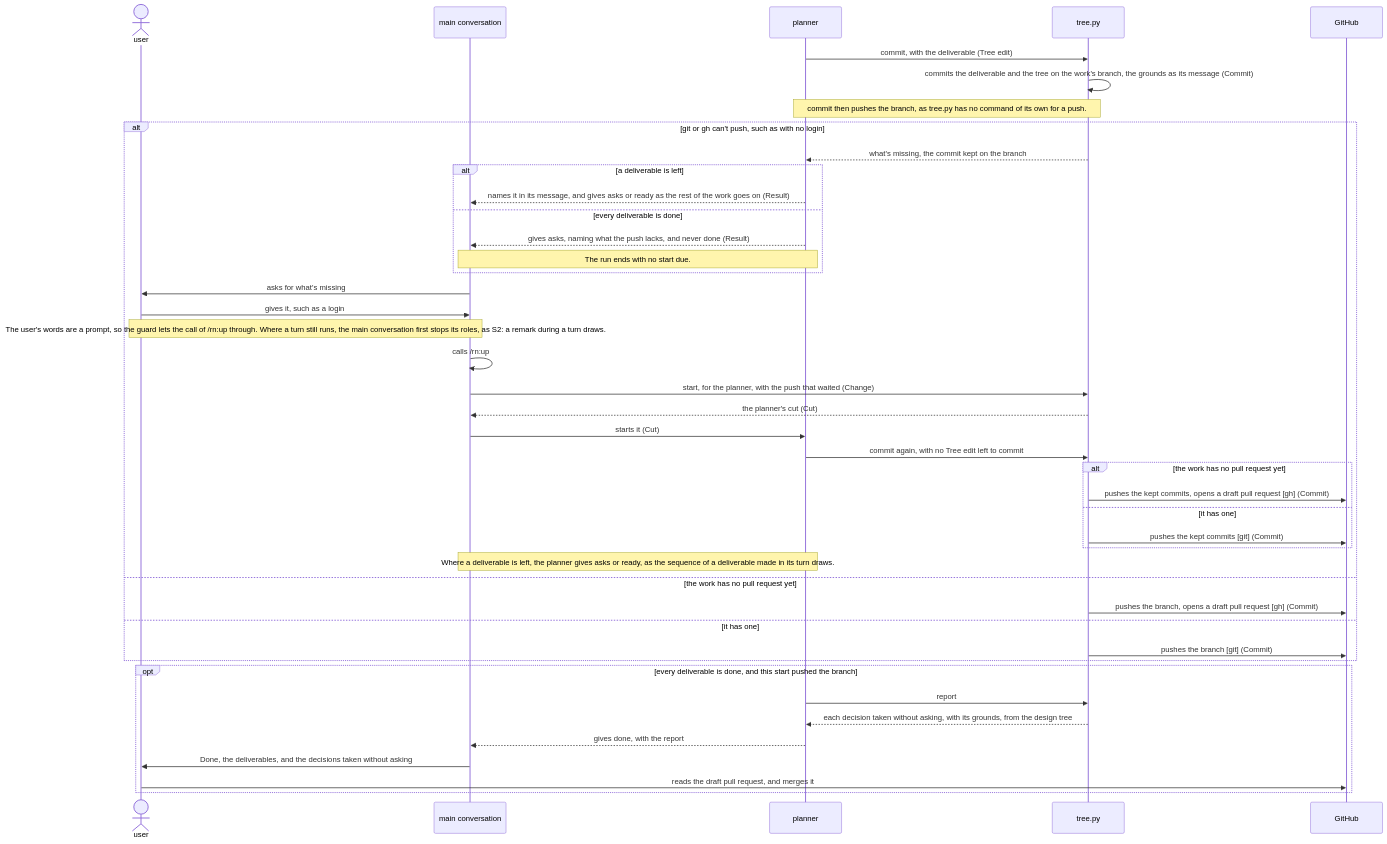
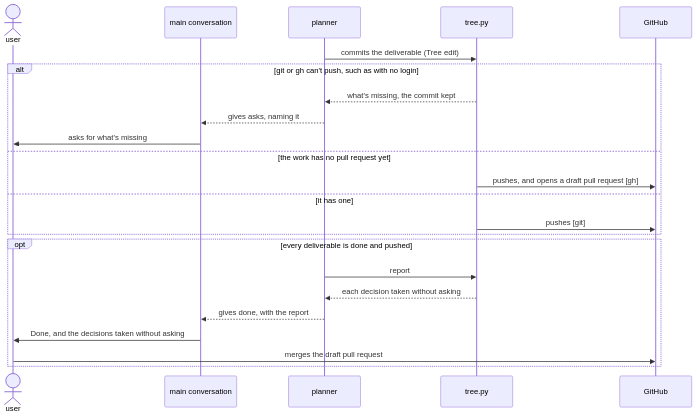
One commit to lovaizu/ccpm changed the sixth of 6 diagrams in dev/rn/architecture.md. Above: the diagram before and after it, drawn with Mermaid. The commit also changed other lines of this file and 40 other files, not shown here.

````diff
--- a/dev/rn/architecture.md
+++ b/dev/rn/architecture.md
@@ -761,45 +408,25 @@
 ```mermaid
 sequenceDiagram
   actor U as user
   participant M as main conversation
   participant P as planner
   participant T as tree.py
   participant GH as GitHub
-  P->>T: commit, with the deliverable (Tree edit)
-  T->>T: commits the deliverable and the tree on the work's branch, the grounds as its message (Commit)
-  Note over P,T: commit then pushes the branch, as tree.py has no command of its own for a push.
+  P->>T: commits the deliverable (Tree edit)
   alt git or gh can't push, such as with no login
-    T-->>P: what's missing, the commit kept on the branch
-    alt a deliverable is left
-      P-->>M: names it in its message, and gives asks or ready as the rest of the work goes on (Result)
-    else every deliverable is done
-      P-->>M: gives asks, naming what the push lacks, and never done (Result)
-      Note over M,P: The run ends with no start due.
-    end
+    T-->>P: what's missing, the commit kept
+    P-->>M: gives asks, naming it
     M->>U: asks for what's missing
-    U->>M: gives it, such as a login
-    Note over U,M: The user's words are a prompt, so the guard lets the call of /rn:up through. Where a turn still runs, the main conversation first stops its roles, as S2: a remark during a turn draws.
-    M->>M: calls /rn:up
-    M->>T: start, for the planner, with the push that waited (Change)
-    T-->>M: the planner's cut (Cut)
-    M->>P: starts it (Cut)
-    P->>T: commit again, with no Tree edit left to commit
-    alt the work has no pull request yet
-      T->>GH: pushes the kept commits, opens a draft pull request [gh] (Commit)
-    else it has one
-      T->>GH: pushes the kept commits [git] (Commit)
-    end
-    Note over M,P: Where a deliverable is left, the planner gives asks or ready, as the sequence of a deliverable made in its turn draws.
   else the work has no pull request yet
-    T->>GH: pushes the branch, opens a draft pull request [gh] (Commit)
+    T->>GH: pushes, and opens a draft pull request [gh]
   else it has one
-    T->>GH: pushes the branch [git] (Commit)
+    T->>GH: pushes [git]
   end
-  opt every deliverable is done, and this start pushed the branch
+  opt every deliverable is done and pushed
     P->>T: report
-    T-->>P: each decision taken without asking, with its grounds, from the design tree
+    T-->>P: each decision taken without asking
     P-->>M: gives done, with the report
-    M->>U: Done, the deliverables, and the decisions taken without asking
-    U->>GH: reads the draft pull request, and merges it
+    M->>U: Done, and the decisions taken without asking
+    U->>GH: merges the draft pull request
   end
 ```
````
